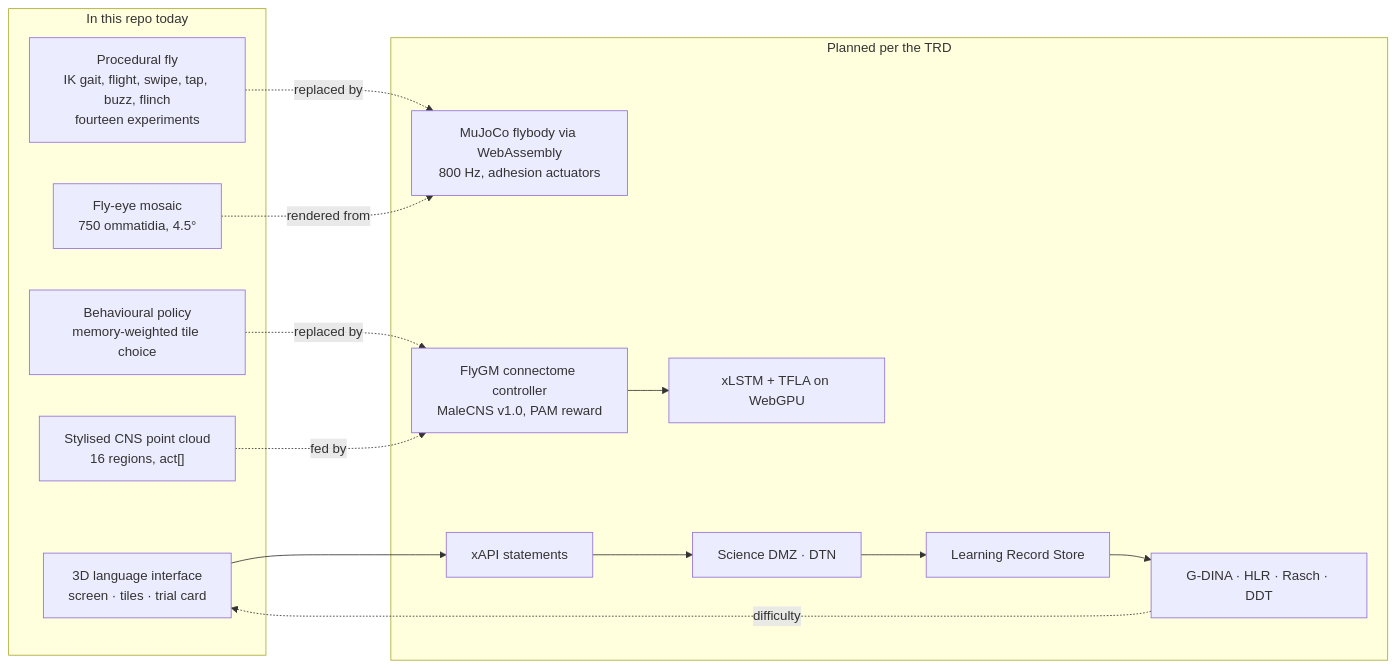
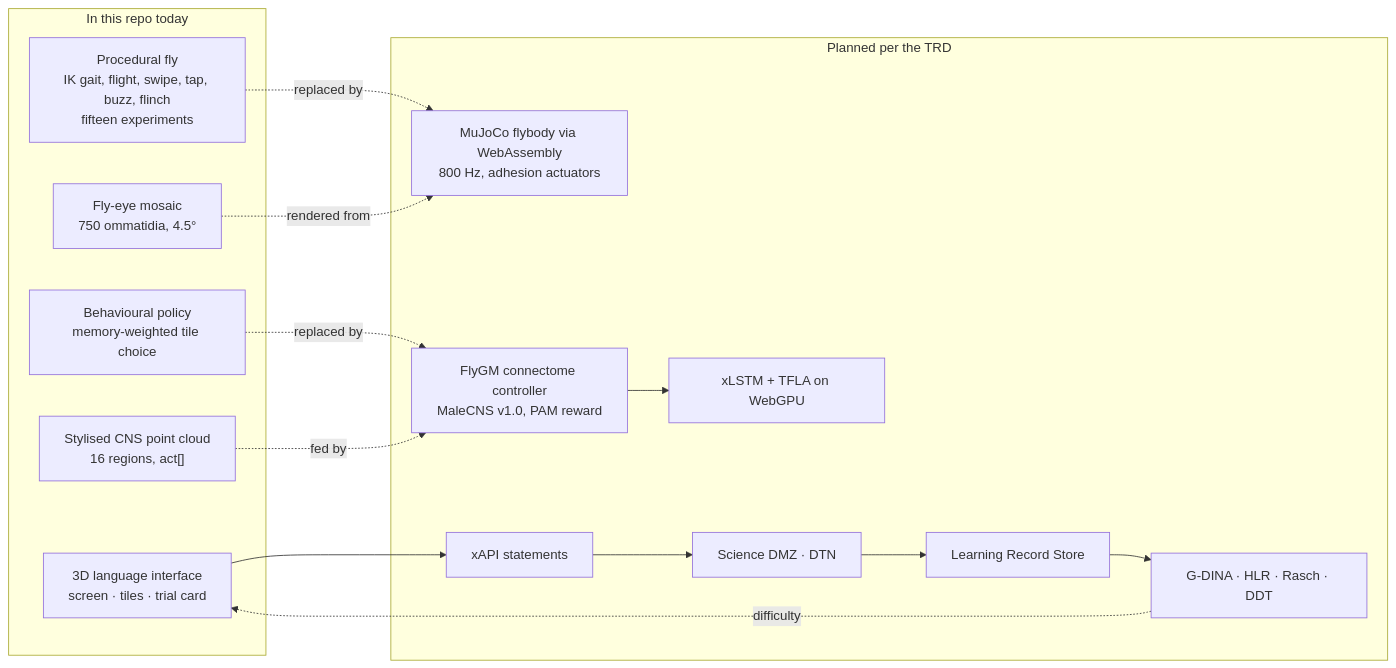
One commit to jayrosen-design/fly-lingo changed the fourth of 4 diagrams in README.md. Above: the diagram before and after it, drawn with Mermaid. The commit also changed other lines of this file and 6 other files, not shown here.

````diff
--- a/README.md
+++ b/README.md
@@ -526,26 +539,26 @@
 ```mermaid
 flowchart LR
   subgraph Now["In this repo today"]
     UI["3D language interface<br/>screen · tiles · trial card"]
-    FlyP["Procedural fly<br/>IK gait, flight, swipe, tap, buzz, flinch<br/>fourteen experiments"]
+    FlyP["Procedural fly<br/>IK gait, flight, swipe, tap, buzz, flinch<br/>fifteen experiments"]
     Policy["Behavioural policy<br/>memory-weighted tile choice"]
     BrainViz["Stylised CNS point cloud<br/>16 regions, act[]"]
     Eye["Fly-eye mosaic<br/>750 ommatidia, 4.5°"]
   end
   subgraph Planned["Planned per the TRD"]
     MuJoCo["MuJoCo flybody via WebAssembly<br/>800 Hz, adhesion actuators"]
     FlyGM["FlyGM connectome controller<br/>MaleCNS v1.0, PAM reward"]
     xLSTM["xLSTM + TFLA on WebGPU"]
     xAPI["xAPI statements"]
     DMZ["Science DMZ · DTN"]
     LRS["Learning Record Store"]
     Eval["G-DINA · HLR · Rasch · DDT"]
   end
   Policy -. replaced by .-> FlyGM
   FlyP -. replaced by .-> MuJoCo
   BrainViz -. fed by .-> FlyGM
   Eye -. rendered from .-> MuJoCo
   UI --> xAPI --> DMZ --> LRS --> Eval
   Eval -. difficulty .-> UI
   FlyGM --> xLSTM
 ```
````
